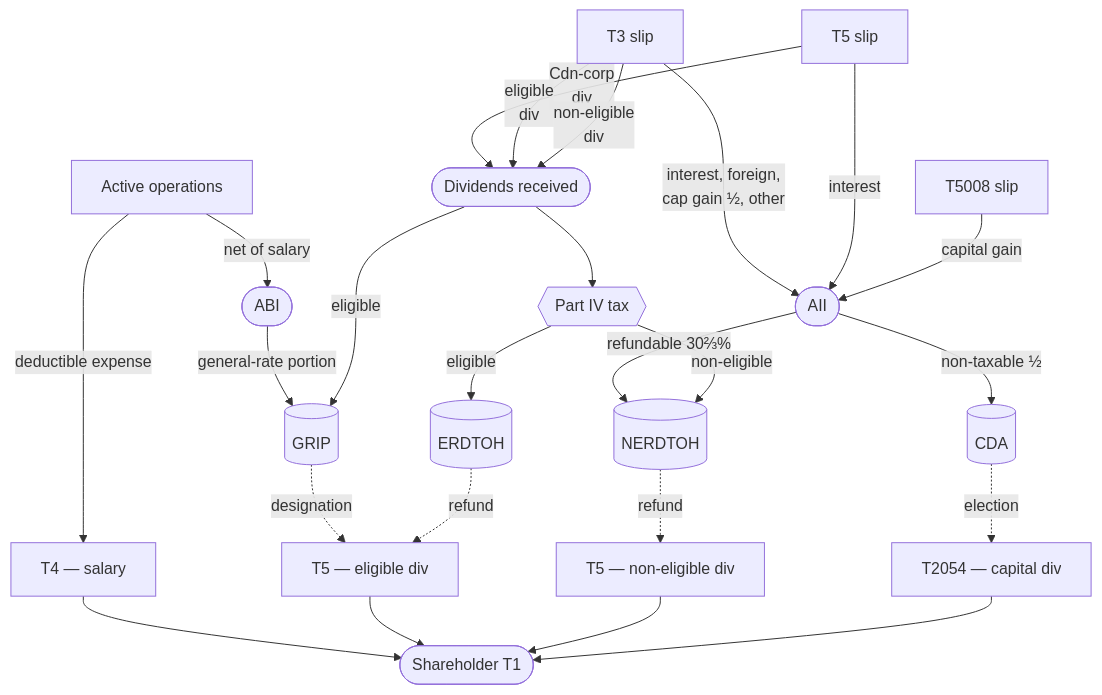
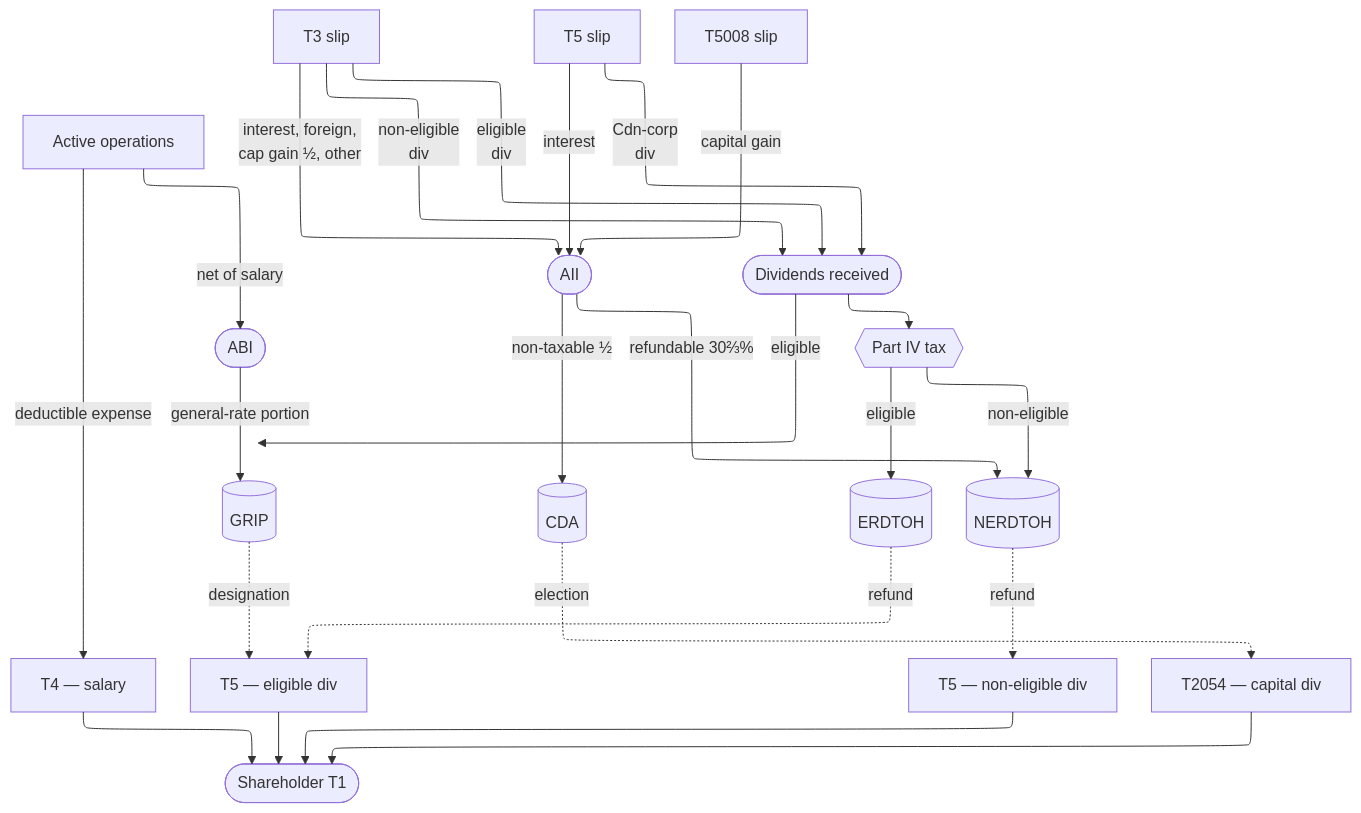
Before and after one commit to alexoooo/canadian-corp-info: the diagram in guide/Small-Business-Tax-Overview.md, drawn with Mermaid.

Commit message:
formatting

````diff
--- a/guide/Small-Business-Tax-Overview.md
+++ b/guide/Small-Business-Tax-Overview.md
@@ -210,51 +210,52 @@
 ```mermaid
+%%{init: {"flowchart": {"defaultRenderer": "elk"}}}%%
 flowchart TB
     T3[T3 slip]
     T5in[T5 slip]
     T5008[T5008 slip]
     OP[Active operations]
 
     ABI([ABI])
     AII([AII])
     DivRcv([Dividends received])
 
     GRIP[(GRIP)]
     CDA[(CDA)]
     ERDTOH[(ERDTOH)]
     NERDTOH[(NERDTOH)]
 
     PartIV{{Part IV tax}}
 
     T4out["T4 — salary"]
     T5elig["T5 — eligible div"]
     T5neli["T5 — non-eligible div"]
     T2054["T2054 — capital div"]
     SH([Shareholder T1])
 
     OP -->|net of salary| ABI
     OP -->|deductible expense| T4out
     T3 -->|interest, foreign,<br/>cap gain ½, other| AII
     T5in -->|interest| AII
     T5008 -->|capital gain| AII
     T5in -->|Cdn-corp<br/>div| DivRcv
     T3 -->|eligible<br/>div| DivRcv
     T3 -->|non-eligible<br/>div| DivRcv
 
     ABI -->|general-rate portion| GRIP
     AII -->|non-taxable ½| CDA
     AII -->|refundable 30⅔%| NERDTOH
     DivRcv -->|eligible| GRIP
     DivRcv --> PartIV
     PartIV -->|eligible| ERDTOH
     PartIV -->|non-eligible| NERDTOH
 
     GRIP -.->|designation| T5elig
     ERDTOH -.->|refund| T5elig
     NERDTOH -.->|refund| T5neli
     CDA -.->|election| T2054
 
     T4out --> SH
     T5elig --> SH
     T5neli --> SH
     T2054 --> SH
 ```
````
